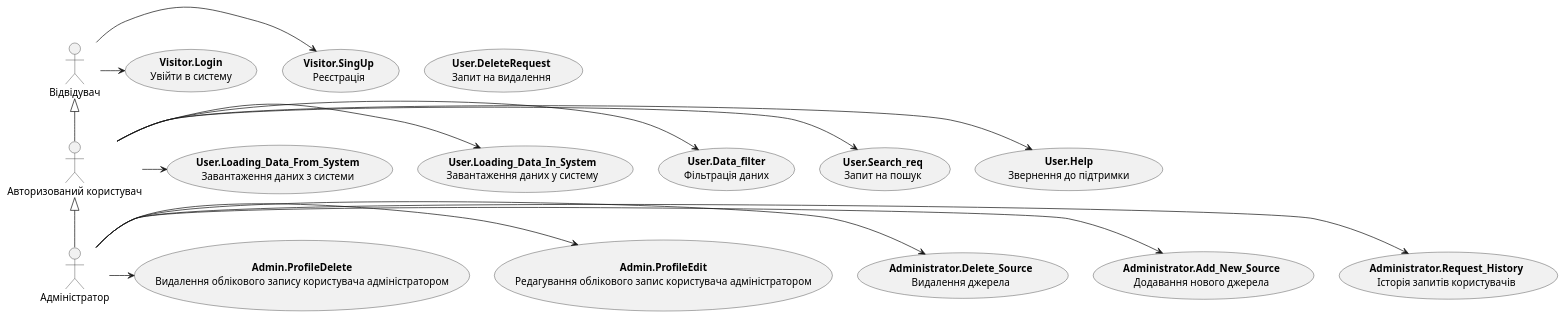
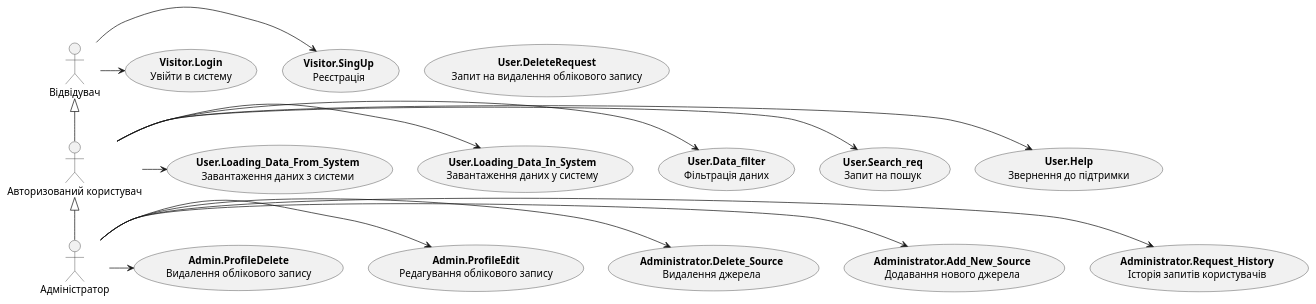
The first of 5 diagrams in docs/use cases/README.md (nonGratis/retarder-io-23-3), drawn with PlantUML before and after one commit. The commit also changed other lines of this file and 1 other file, not shown here.

````diff
--- a/docs/use cases/README.md
+++ b/docs/use cases/README.md
@@ -5,44 +5,44 @@
 ```plantuml
 @startuml
 
 actor "Відвідувач" as Guest
 actor "Авторизований користувач" as User
 actor "Адміністратор" as Admin
 
 usecase "<b>Visitor.SingUp</b>\nРеєстрація" as Visitor.SingUp
 usecase "<b>Visitor.Login</b>\nУвійти в систему" as Visitor.Login
 
 usecase "<b>User.Help</b>\nЗвернення до підтримки" as User.Help
-usecase "<b>User.DeleteRequest</b>\nЗапит на видалення" as User.DeleteRequest
+usecase "<b>User.DeleteRequest</b>\nЗапит на видалення облікового запису" as User.DeleteRequest
 usecase "<b>User.Search_req</b>\nЗапит на пошук" as User.Search_req
 usecase "<b>User.Data_filter</b>\nФільтрація даних" as User.Data_filter
 usecase "<b>User.Loading_Data_In_System</b>\nЗавантаження даних у систему" as User.Loading_Data_In_System
 usecase "<b>User.Loading_Data_From_System</b>\nЗавантаження даних з системи" as User.Loading_Data_From_System
 
 usecase "<b>Administrator.Request_History</b>\nІсторія запитів користувачів" as Administrator.Request_History
 usecase "<b>Administrator.Add_New_Source</b>\nДодавання нового джерела" as Administrator.Add_New_Source
 usecase "<b>Administrator.Delete_Source</b>\nВидалення джерела" as Administrator.Delete_Source
-usecase "<b>Admin.ProfileEdit</b>\nРедагування облікового запис користувача адміністратором" as Admin.ProfileEdit
-usecase "<b>Admin.ProfileDelete</b>\nВидалення облікового запису користувача адміністратором" as Admin.ProfileDelete
+usecase "<b>Admin.ProfileEdit</b>\nРедагування облікового запису" as Admin.ProfileEdit
+usecase "<b>Admin.ProfileDelete</b>\nВидалення облікового запису" as Admin.ProfileDelete
 
 
 Admin -u-|> User
 User -u-|> Guest
 
 Guest -r-> Visitor.SingUp
 Guest -r-> Visitor.Login
 
 User -r-> User.Help
 User -r-> User.Search_req
 User -r-> User.Data_filter
 User -r-> User.Loading_Data_In_System
 User -r-> User.Loading_Data_From_System
 
 Admin -r-> Administrator.Request_History
 Admin -r-> Administrator.Add_New_Source
 Admin -r-> Administrator.Delete_Source
 Admin -r-> Admin.ProfileEdit
 Admin -r-> Admin.ProfileDelete
 
 @enduml
 ```
````
